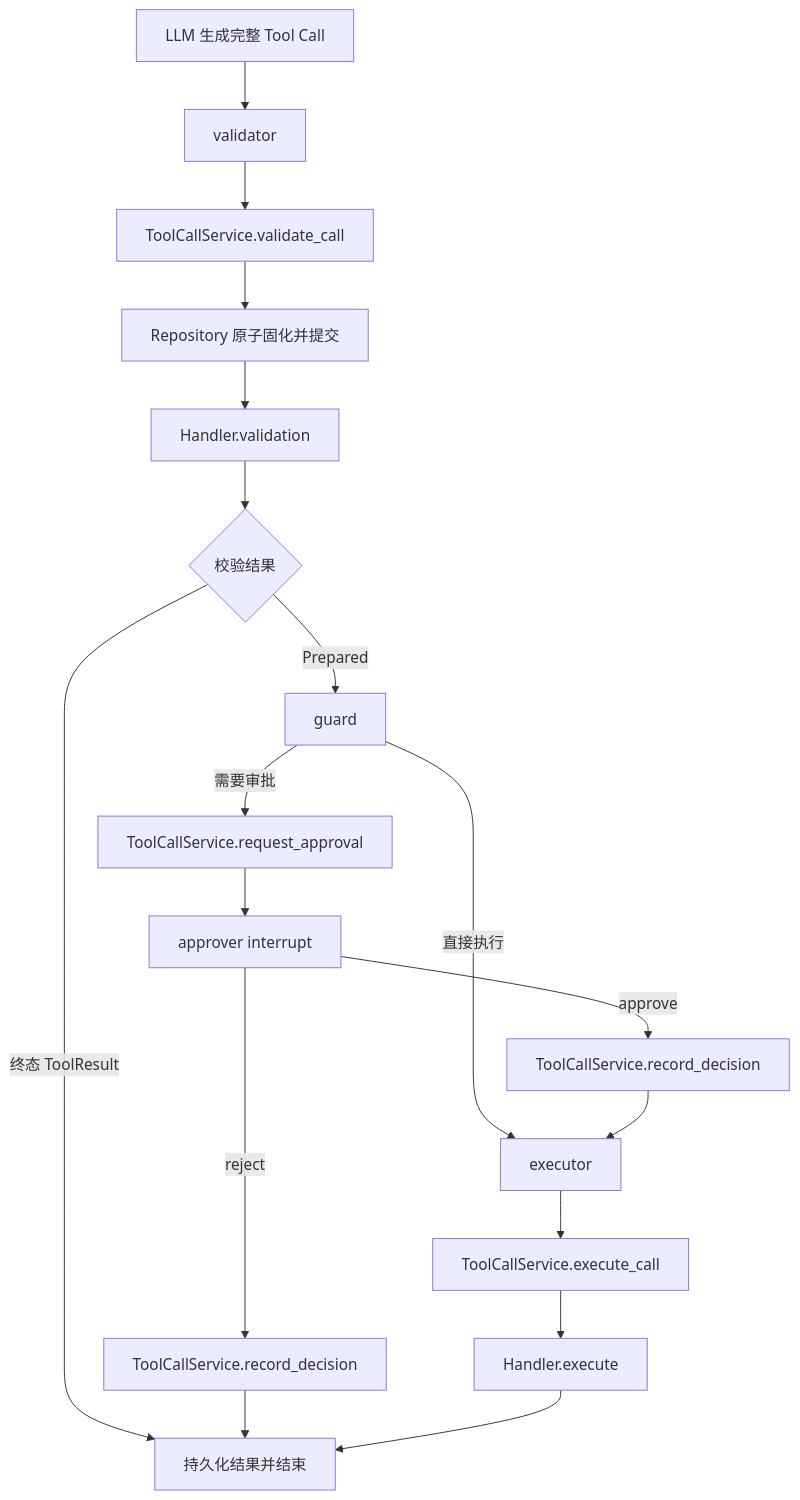
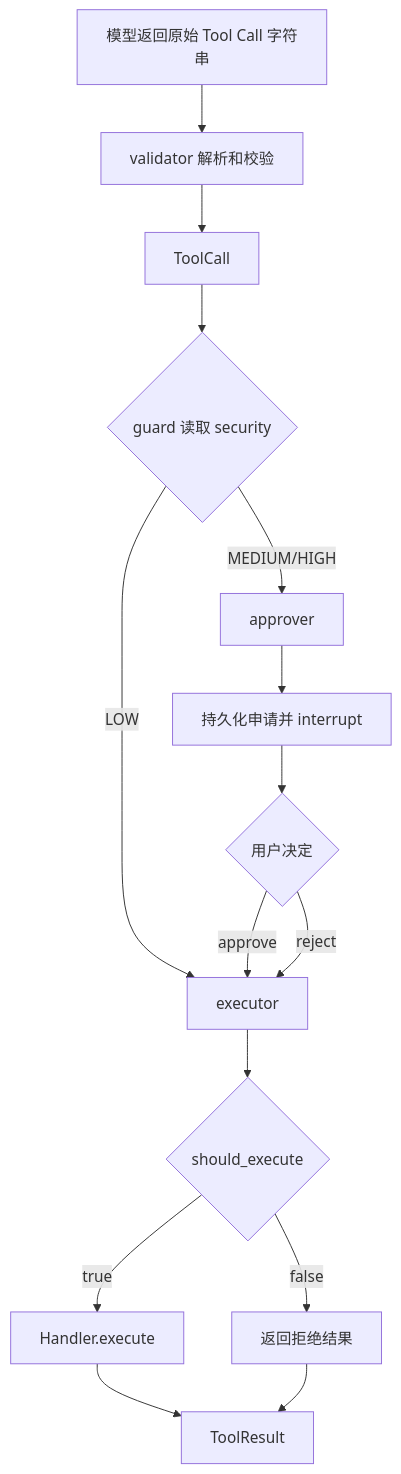
One commit to Strel1tz1a02/ResumeAgent changed the diagram in docs/superpowers/specs/2026-08-08-tool-call-service-design.zh-CN.md. Above: the diagram before and after it, drawn with Mermaid. The commit also changed other lines of this file and 28 other files, not shown here.

````diff
--- a/docs/superpowers/specs/2026-08-08-tool-call-service-design.zh-CN.md
+++ b/docs/superpowers/specs/2026-08-08-tool-call-service-design.zh-CN.md
@@ -32,20 +46,17 @@
 ```mermaid
 flowchart TD
-    LLM["LLM 生成完整 Tool Call"] --> V["validator"]
-    V --> VS["ToolCallService.validate_call"]
-    VS --> M["Repository 原子固化并提交"]
-    M --> HV["Handler.validation"]
-    HV --> VR{"校验结果"}
-    VR -->|"终态 ToolResult"| DONE["持久化结果并结束"]
-    VR -->|"Prepared"| G["guard"]
-    G -->|"直接执行"| E["executor"]
-    G -->|"需要审批"| RA["ToolCallService.request_approval"]
-    RA --> A["approver interrupt"]
-    A -->|"reject"| RD["ToolCallService.record_decision"]
-    RD --> DONE
-    A -->|"approve"| AD["ToolCallService.record_decision"]
-    AD --> E
-    E --> ES["ToolCallService.execute_call"]
-    ES --> HE["Handler.execute"]
-    HE --> DONE
+    LLM["模型返回原始 Tool Call 字符串"] --> V["validator 解析和校验"]
+    V --> TC["ToolCall"]
+    TC --> G{"guard 读取 security"}
+    G -->|LOW| E["executor"]
+    G -->|MEDIUM/HIGH| A["approver"]
+    A --> R["持久化申请并 interrupt"]
+    R --> D{"用户决定"}
+    D -->|approve| E
+    D -->|reject| E
+    E --> C{"should_execute"}
+    C -->|true| H["Handler.execute"]
+    C -->|false| X["返回拒绝结果"]
+    H --> O["ToolResult"]
+    X --> O
 ```
````
